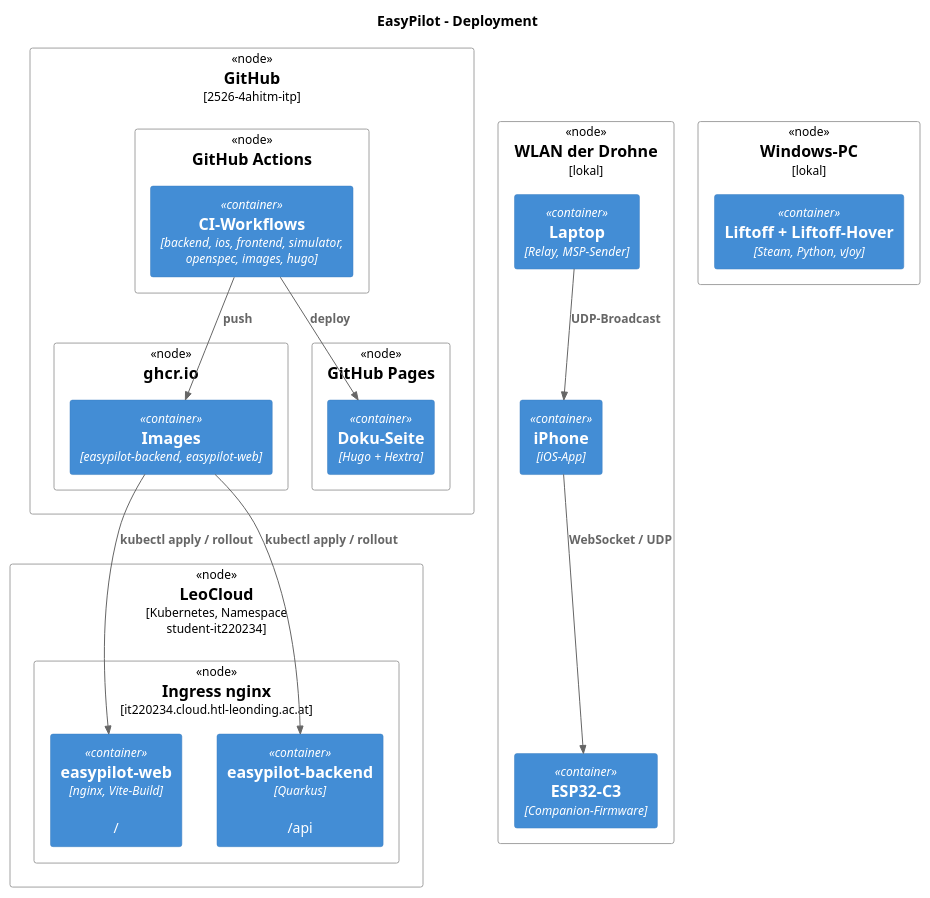
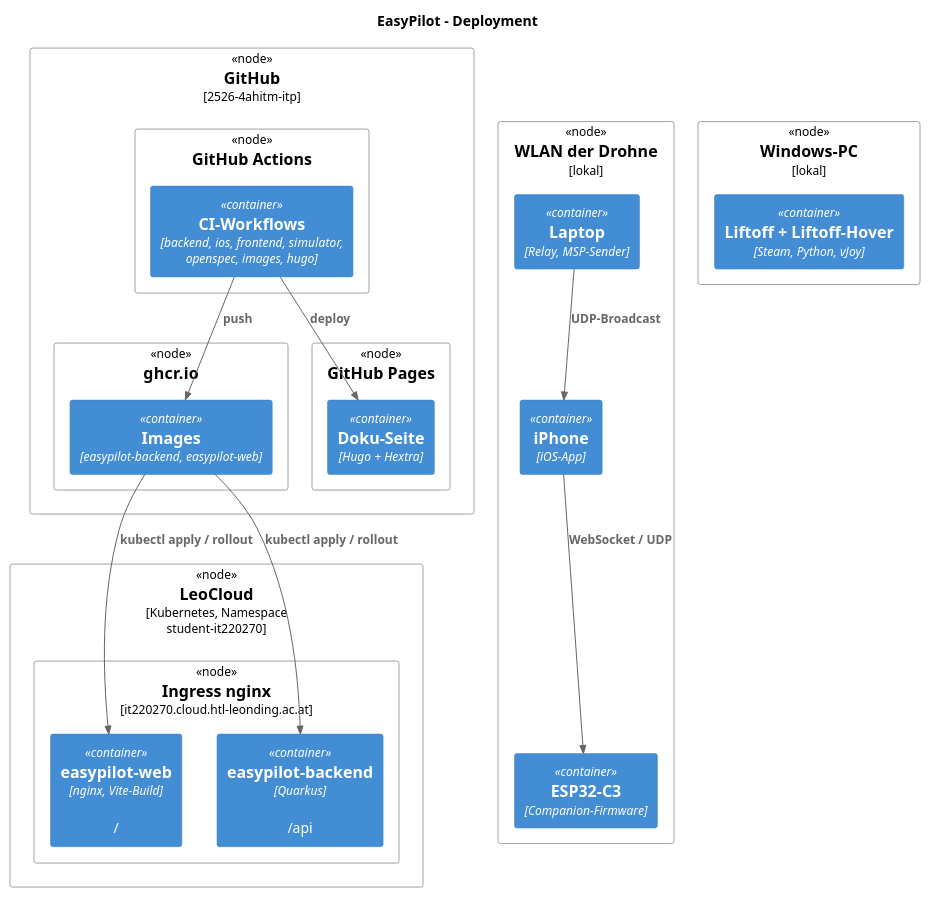
The diagram in hugo/content/de/diagrams/deployment.puml (2526-4ahitm-itp/2526-4ahitm-easypilot), drawn with PlantUML before and after one commit. The commit also changed 18 other files, not shown here.

First line of the commit message:
docs(k8s): Deployment in der LeoCloud live, Ziel auf Namespace it220270 umstellen

```diff
--- a/hugo/content/de/diagrams/deployment.puml
+++ b/hugo/content/de/diagrams/deployment.puml
@@ -1,40 +1,40 @@
 @startuml deployment
 !include <C4/C4_Deployment>
 title EasyPilot – Deployment
 
 Deployment_Node(gh, "GitHub", "2526-4ahitm-itp") {
   Deployment_Node(actions, "GitHub Actions") {
     Container(ci, "CI-Workflows", "backend, ios, frontend, simulator, openspec, images, hugo")
   }
   Deployment_Node(ghcr, "ghcr.io") {
     Container(img, "Images", "easypilot-backend, easypilot-web")
   }
   Deployment_Node(pages, "GitHub Pages") {
     Container(docs, "Doku-Seite", "Hugo + Hextra")
   }
 }
 
-Deployment_Node(leo, "LeoCloud", "Kubernetes, Namespace student-it220234") {
-  Deployment_Node(ing, "Ingress nginx", "it220234.cloud.htl-leonding.ac.at") {
+Deployment_Node(leo, "LeoCloud", "Kubernetes, Namespace student-it220270") {
+  Deployment_Node(ing, "Ingress nginx", "it220270.cloud.htl-leonding.ac.at") {
     Container(webpod, "easypilot-web", "nginx, Vite-Build", "/")
     Container(apipod, "easypilot-backend", "Quarkus", "/api")
   }
 }
 
 Deployment_Node(lan, "WLAN der Drohne", "lokal") {
   Container(esp, "ESP32-C3", "Companion-Firmware")
   Container(phone, "iPhone", "iOS-App")
   Container(laptop, "Laptop", "Relay, MSP-Sender")
 }
 
 Deployment_Node(pc, "Windows-PC", "lokal") {
   Container(lo, "Liftoff + Liftoff-Hover", "Steam, Python, vJoy")
 }
 
 Rel(ci, img, "push")
 Rel(ci, docs, "deploy")
 Rel(img, webpod, "kubectl apply / rollout")
 Rel(img, apipod, "kubectl apply / rollout")
 Rel(phone, esp, "WebSocket / UDP")
 Rel(laptop, phone, "UDP-Broadcast")
 @enduml
```
